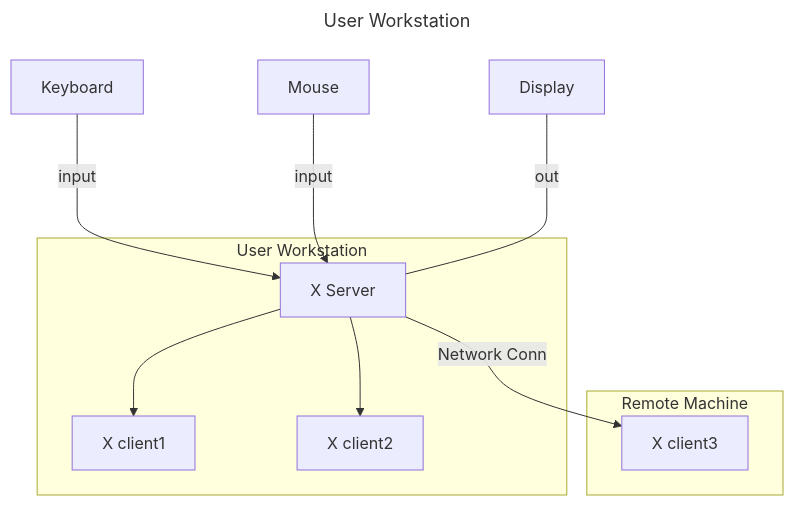
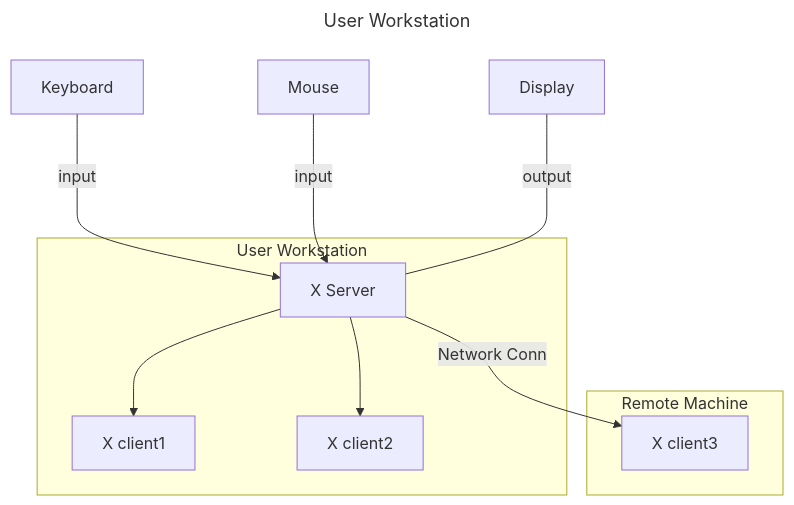
One commit to paulorsfaria/42_Fractol_Resources changed the diagram in minilibx.md. Above: the diagram before and after it, drawn with Mermaid.

Commit message:
minilibx.md : X client-server graph tweaks

````diff
--- a/minilibx.md
+++ b/minilibx.md
@@ -17,21 +17,21 @@
 ```mermaid
 ---
 title: User Workstation
 ---
 flowchart TB
 	Display[Display]
 	Keys[Keyboard]
 	Mouse[Mouse]
 
 	Keys[Keyboard] --->|input| Xserv[X Server]
 	Mouse[Mouse] --->|input| Xserv
-		Display[Display] <---|out| Xserv
+		Display[Display] <---|output| Xserv
 	subgraph W[User Workstation]
 		Xserv[X Server]
 		Xserv --> X-client[X client1]
 		Xserv --> X-client2[X client2]
 	end
 	subgraph Remote Machine
 		Xserv -->|Network Conn| X-client3[X client3]
 	end
 ```
````
